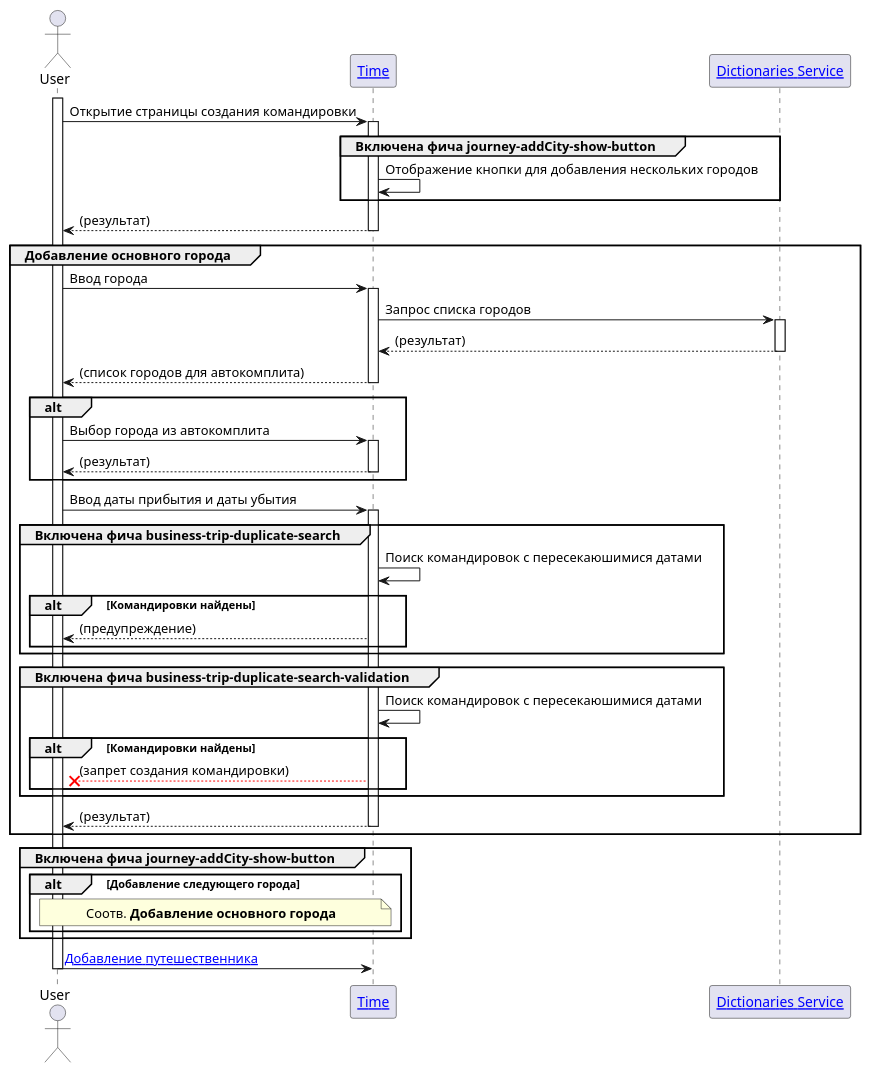
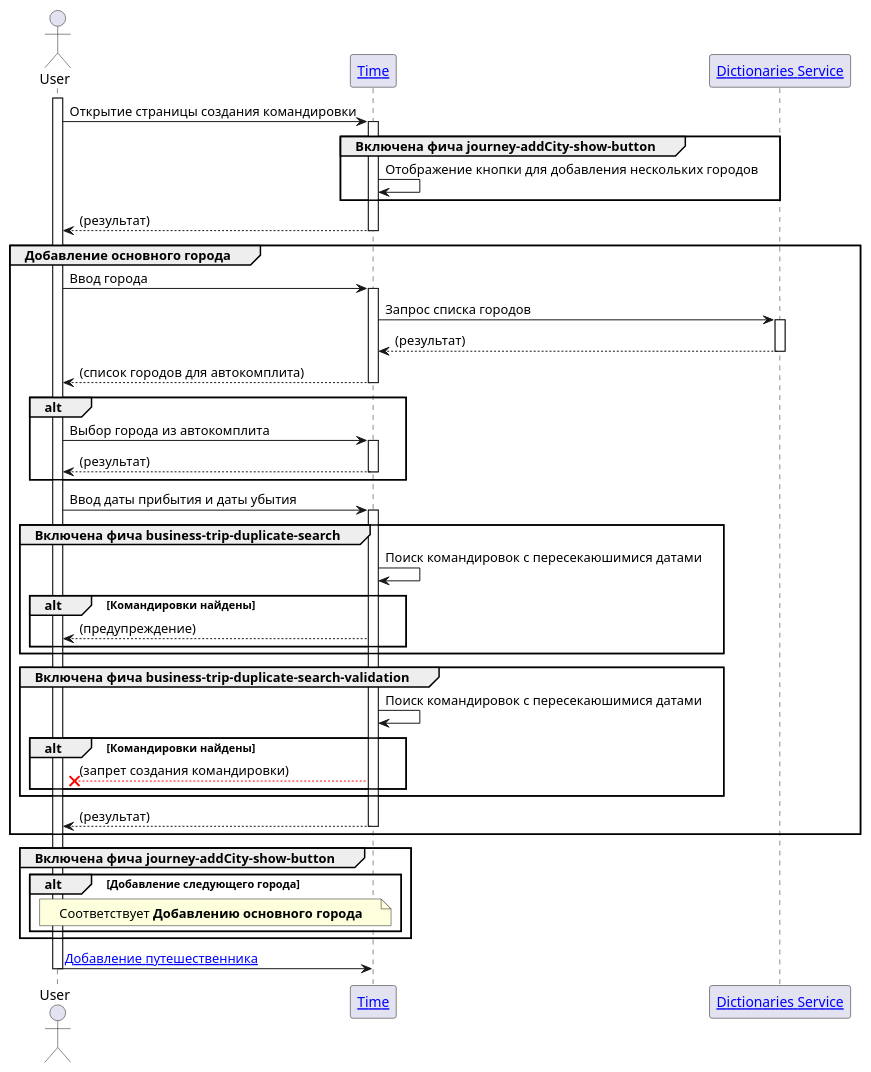
The diagram in workspace/arch/puml/time/businesstrip/creation/route.puml (aleksandr-bit1/test), drawn with PlantUML before and after one commit. The commit also changed 16 other files, not shown here.

```diff
--- a/workspace/arch/puml/time/businesstrip/creation/route.puml
+++ b/workspace/arch/puml/time/businesstrip/creation/route.puml
@@ -1,52 +1,52 @@
 @startuml
 'https://plantuml.com/sequence-diagram
 
 actor User
 participant "[[/architect/components/applications.time Time]]" as Time
 participant "[[/architect/components/services.dictionaries Dictionaries Service]]" as Dictionaries
 
 activate User
 
 User -> Time ++ : Открытие страницы создания командировки
 group Включена фича journey-addCity-show-button
 Time -> Time : Отображение кнопки для добавления нескольких городов
 end
 return (результат)
 
 group Добавление основного города
     User -> Time ++ : Ввод города
     Time -> Dictionaries ++ : Запрос списка городов
     return (результат)
     return (список городов для автокомплита)
     alt
         User -> Time ++ : Выбор города из автокомплита
         return (результат)
     end
     User -> Time ++ : Ввод даты прибытия и даты убытия
     group Включена фича business-trip-duplicate-search
         Time -> Time : Поиск командировок с пересекаюшимися датами
         alt Командировки найдены
             Time --> User : (предупреждение)
         end
     end
     group Включена фича business-trip-duplicate-search-validation
         Time -> Time : Поиск командировок с пересекаюшимися датами
         alt Командировки найдены
             Time -[#red]->x User : (запрет создания командировки)
         end
     end
     return (результат)
 end
 group Включена фича journey-addCity-show-button
     alt Добавление следующего города
         note over User, Time
-        Соотв. **Добавление основного города**
+        Соответствует **Добавлению основного города**
         end note
     end
 end
 
 User -> Time : [[/architect/contexts/applications.time.businesstrip.creation.traveller Добавление путешественника]]
 
 deactivate User
 
 @enduml
```
